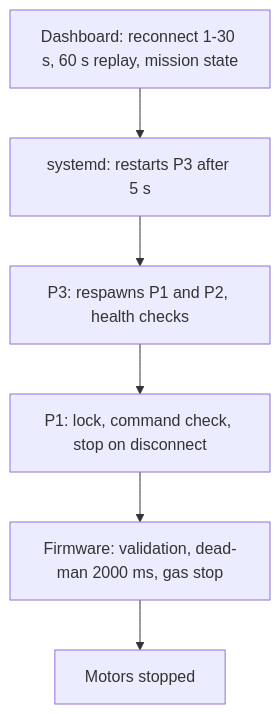
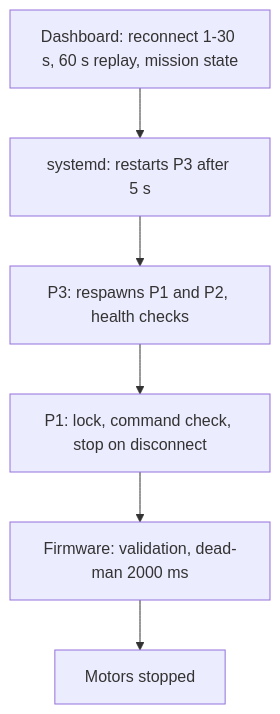
Diagram 13 of 20 in research paper/section3_methodology.md (baiust999/robort-code-from-pi), drawn with Mermaid before and after one commit. The commit also changed other lines of this file, not shown here.

First line of the commit message:
Correct Section 3.5 gas-sensor claims to match firmware

````diff
--- a/research paper/section3_methodology.md
+++ b/research paper/section3_methodology.md
@@ -472,10 +471,10 @@
 ```mermaid
 flowchart TB
   L5["Dashboard: reconnect 1-30 s, 60 s replay, mission state"]
   L4["systemd: restarts P3 after 5 s"]
   L3["P3: respawns P1 and P2, health checks"]
   L2["P1: lock, command check, stop on disconnect"]
-  L1["Firmware: validation, dead-man 2000 ms, gas stop"]
+  L1["Firmware: validation, dead-man 2000 ms"]
   M["Motors stopped"]
   L5 --> L4 --> L3 --> L2 --> L1 --> M
 ```
````
